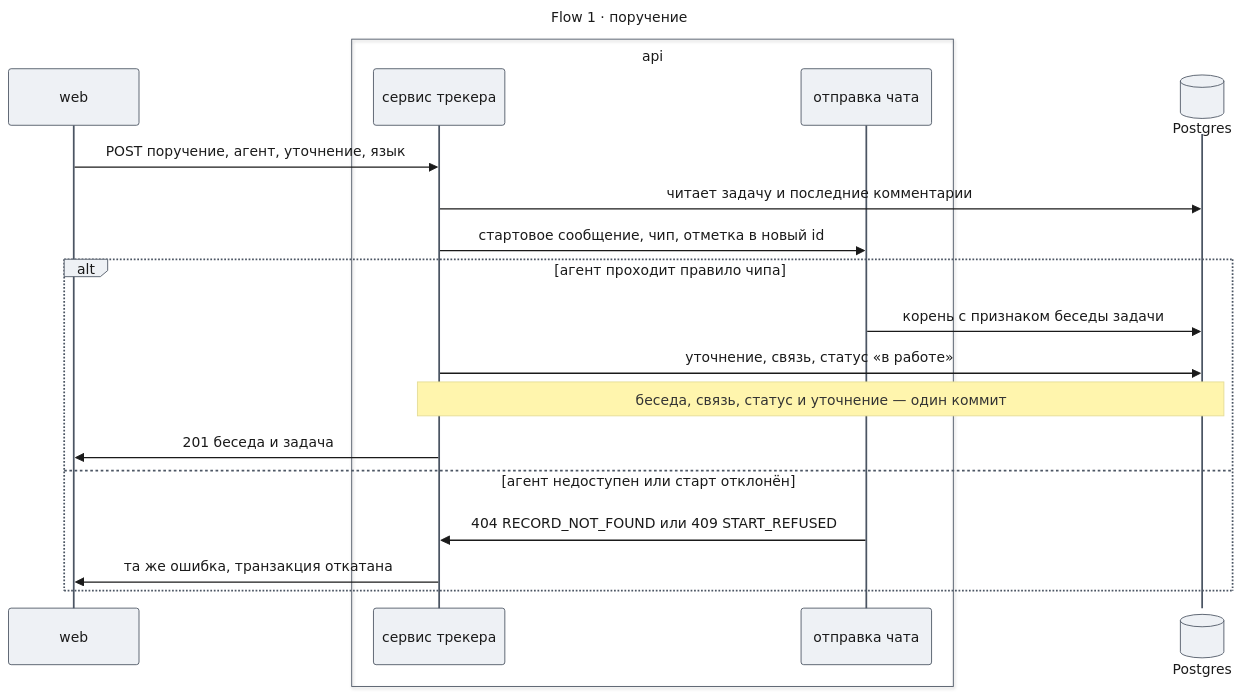
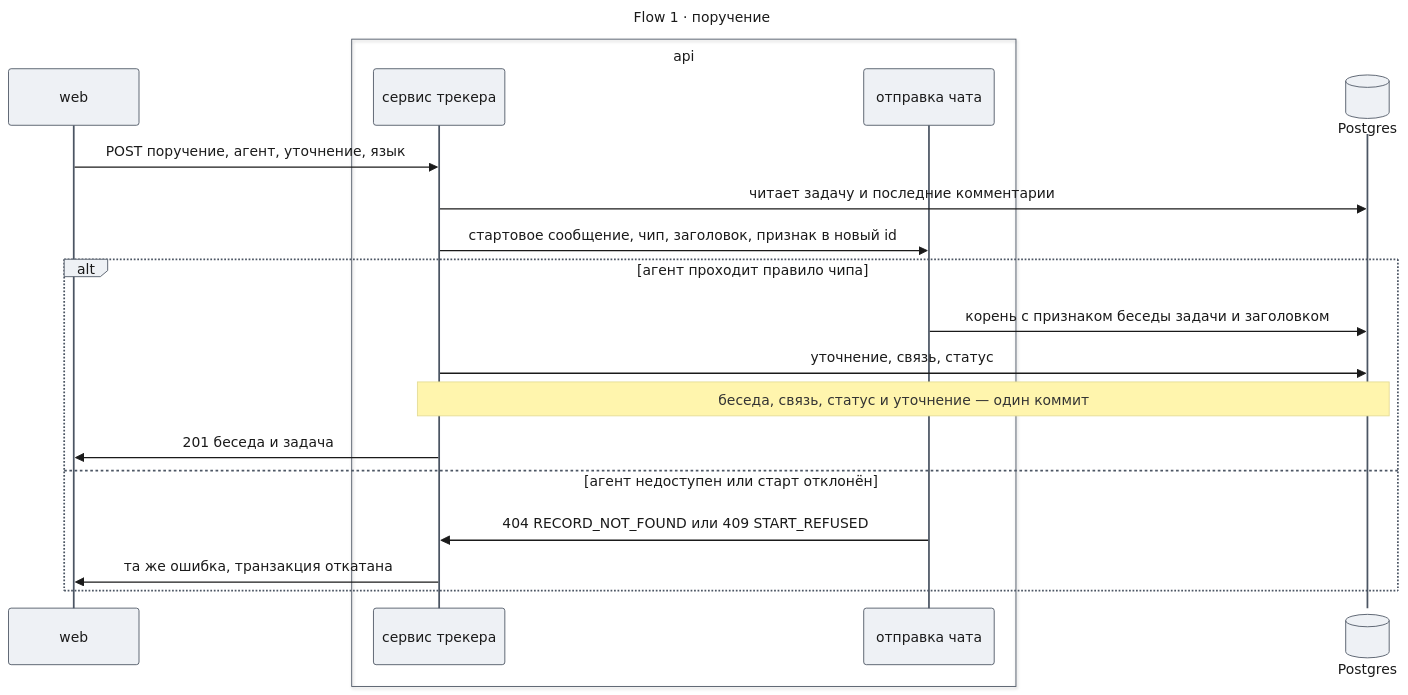
The fifth of 8 diagrams in docs/features/task-tracker/design-server.md (tundraray/agent-os), drawn with Mermaid before and after one commit. The commit also changed other lines of this file, not shown here.

````diff
--- a/docs/features/task-tracker/design-server.md
+++ b/docs/features/task-tracker/design-server.md
@@ -329,43 +385,43 @@
 ```mermaid
 ---
 title: "Flow 1 · поручение"
 config:
   theme: base
   look: classic
   themeVariables:
     primaryColor: "#eef1f5"
     primaryBorderColor: "#4b5563"
     primaryTextColor: "#1a1a1a"
     lineColor: "#6b7280"
   themeCSS: |
     @keyframes lit_tf1{0%,11.25%{stroke:#991b1b;stroke-width:6px}12.5%,100%{stroke:#37474f;stroke-width:2px}}
     @keyframes litr_tf1{0%,11.25%{stroke:#1d4ed8;stroke-width:6px}12.5%,100%{stroke:#37474f;stroke-width:2px}}
     .messageLine0[data-id='i0'],.messageLine1[data-id='i0']{animation:lit_tf1 9.6s linear 0s infinite}
     .messageLine0[data-id='i1'],.messageLine1[data-id='i1']{animation:litr_tf1 9.6s linear 1.2s infinite}
     .messageLine0[data-id='i2'],.messageLine1[data-id='i2']{animation:lit_tf1 9.6s linear 2.4s infinite}
     .messageLine0[data-id='i4'],.messageLine1[data-id='i4']{animation:lit_tf1 9.6s linear 3.6s infinite}
     .messageLine0[data-id='i5'],.messageLine1[data-id='i5']{animation:lit_tf1 9.6s linear 4.8s infinite}
     .messageLine0[data-id='i7'],.messageLine1[data-id='i7']{animation:litr_tf1 9.6s linear 6s infinite}
     .messageLine0[data-id='i9'],.messageLine1[data-id='i9']{animation:litr_tf1 9.6s linear 7.2s infinite}
     .messageLine0[data-id='i10'],.messageLine1[data-id='i10']{animation:litr_tf1 9.6s linear 8.4s infinite}
 ---
 sequenceDiagram
     participant W as web
     box api
         participant T as сервис трекера
         participant C as отправка чата
     end
     participant DB@{ "type": "database" } as Postgres
     W->>T: POST поручение, агент, уточнение, язык
     T->>DB: читает задачу и последние комментарии
-    T->>C: стартовое сообщение, чип, отметка в новый id
+    T->>C: стартовое сообщение, чип, заголовок, признак в новый id
     alt агент проходит правило чипа
-        C->>DB: корень с признаком беседы задачи
-        T->>DB: уточнение, связь, статус «в работе»
+        C->>DB: корень с признаком беседы задачи и заголовком
+        T->>DB: уточнение, связь, статус
         Note over T,DB: беседа, связь, статус и уточнение — один коммит
         T->>W: 201 беседа и задача
     else агент недоступен или старт отклонён
         C->>T: 404 RECORD_NOT_FOUND или 409 START_REFUSED
         T->>W: та же ошибка, транзакция откатана
     end
 ```
````
